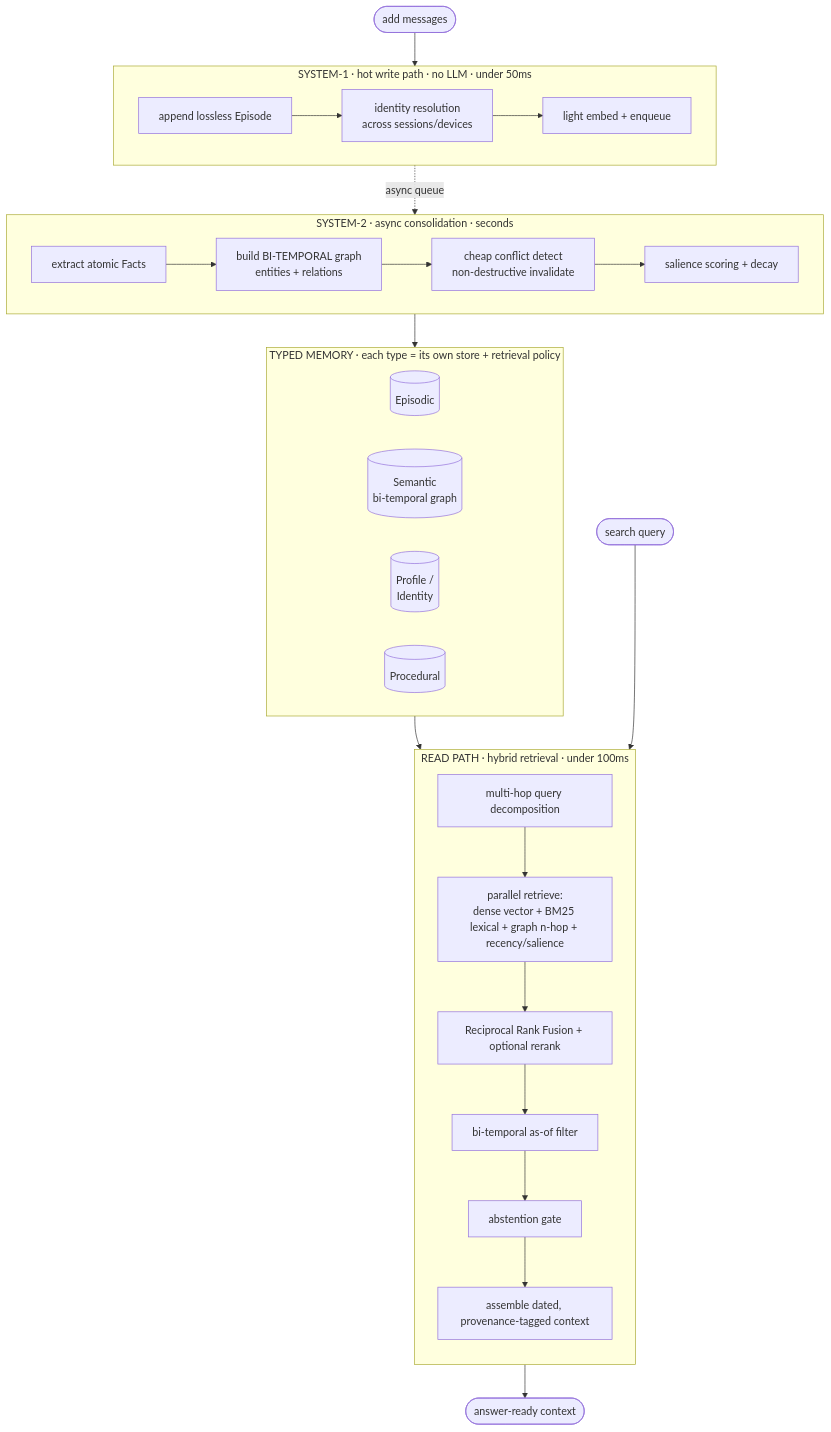
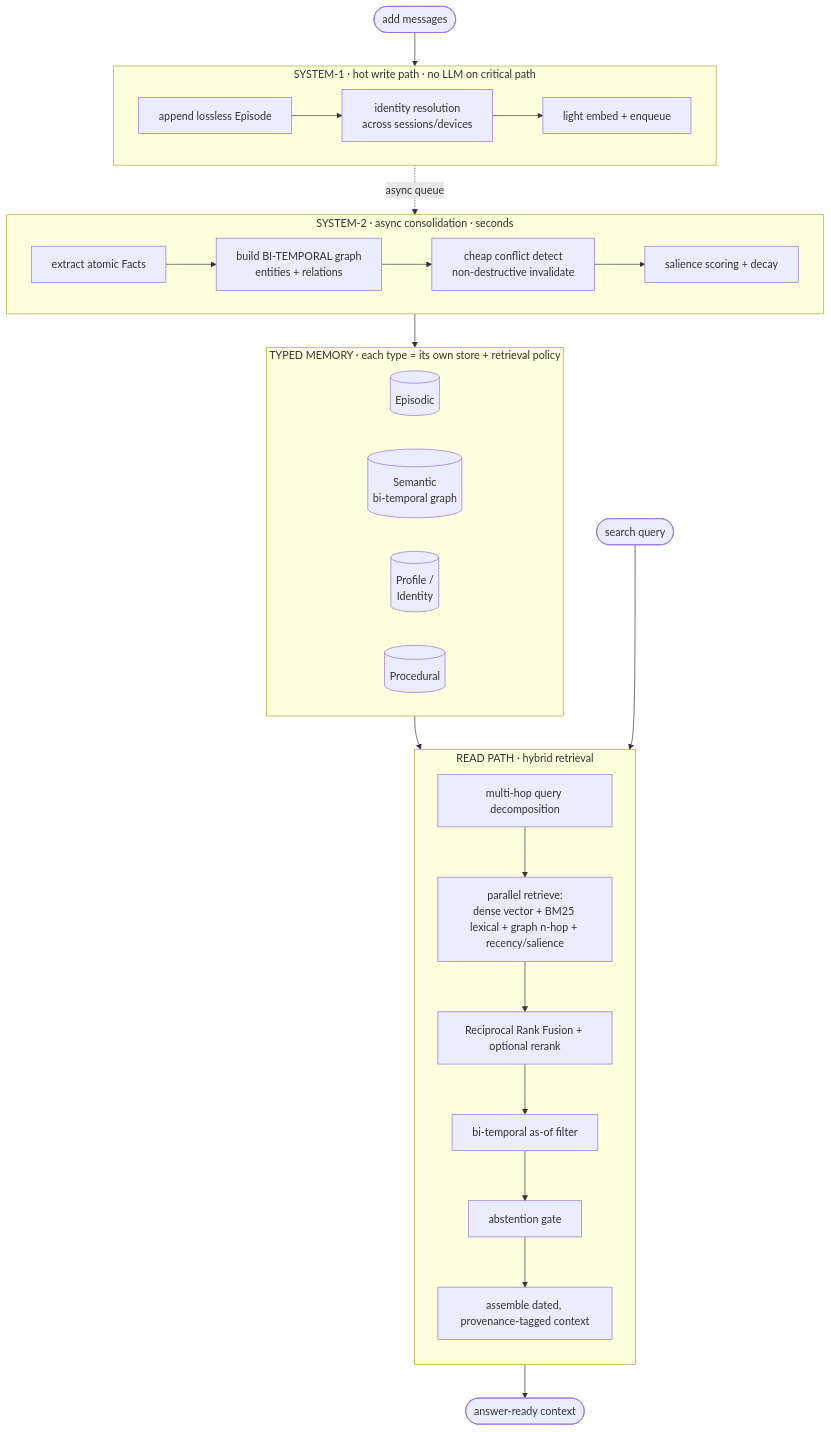
One commit to ly-wang19/engram changed the diagram in README.md. Above: the diagram before and after it, drawn with Mermaid. The commit also changed other lines of this file and 42 other files, not shown here.

````diff
--- a/README.md
+++ b/README.md
@@ -171,29 +187,29 @@
 ```mermaid
 flowchart TB
     ADD([add messages]) --> S1
-    subgraph S1 [SYSTEM-1 · hot write path · no LLM · under 50ms]
+    subgraph S1 [SYSTEM-1 · hot write path · no LLM on critical path]
         direction LR
         S1a[append lossless Episode] --> S1b[identity resolution<br/>across sessions/devices] --> S1c[light embed + enqueue]
     end
     S1 -. async queue .-> S2
     subgraph S2 [SYSTEM-2 · async consolidation · seconds]
         direction LR
         S2a[extract atomic Facts] --> S2b[build BI-TEMPORAL graph<br/>entities + relations] --> S2c[cheap conflict detect<br/>non-destructive invalidate] --> S2d[salience scoring + decay]
     end
     S2 --> TM
     subgraph TM [TYPED MEMORY · each type = its own store + retrieval policy]
         direction LR
         TMa[(Episodic)]
         TMb[(Semantic<br/>bi-temporal graph)]
         TMc[(Profile /<br/>Identity)]
         TMd[(Procedural)]
     end
     TM --> R
     Q([search query]) --> R
-    subgraph R [READ PATH · hybrid retrieval · under 100ms]
+    subgraph R [READ PATH · hybrid retrieval]
         direction TB
         Ra[multi-hop query decomposition] --> Rb[parallel retrieve:<br/>dense vector + BM25 lexical + graph n-hop + recency/salience]
         Rb --> Rc[Reciprocal Rank Fusion + optional rerank] --> Rd[bi-temporal as-of filter] --> Re[abstention gate] --> Rf[assemble dated, provenance-tagged context]
     end
     Rf --> OUT([answer-ready context])
 ```
````
